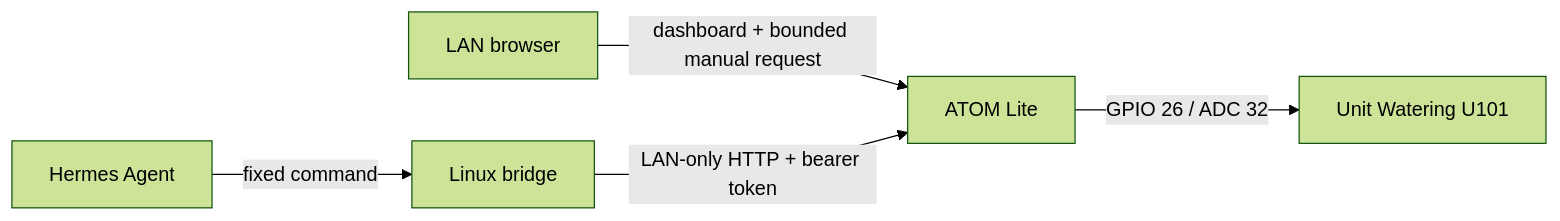
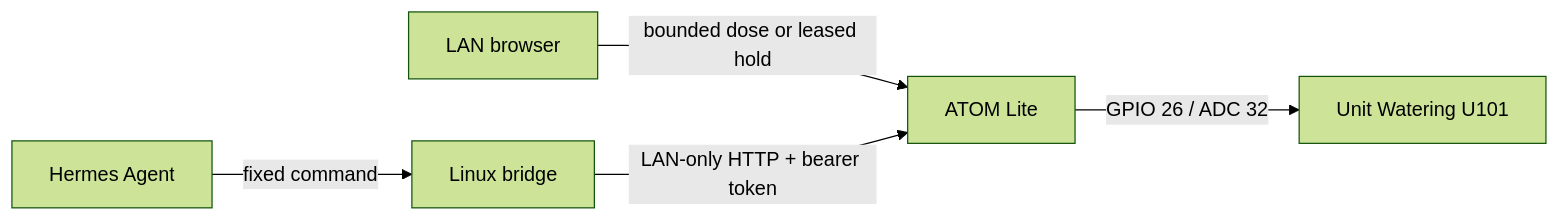
Before and after one commit to kandotrun/tree: the diagram in README.md, drawn with Mermaid (forest theme). The commit also changed other lines of this file and 15 other files, not shown here.

````diff
--- a/README.md
+++ b/README.md
@@ -16,7 +16,7 @@
 ```mermaid
 flowchart LR
-    W[LAN browser] -->|dashboard + bounded manual request| A[ATOM Lite]
+    W[LAN browser] -->|bounded dose or leased hold| A[ATOM Lite]
     H[Hermes Agent] -->|fixed command| B[Linux bridge]
     B -->|LAN-only HTTP + bearer token| A[ATOM Lite]
     A -->|GPIO 26 / ADC 32| U[Unit Watering U101]
 ```
````
